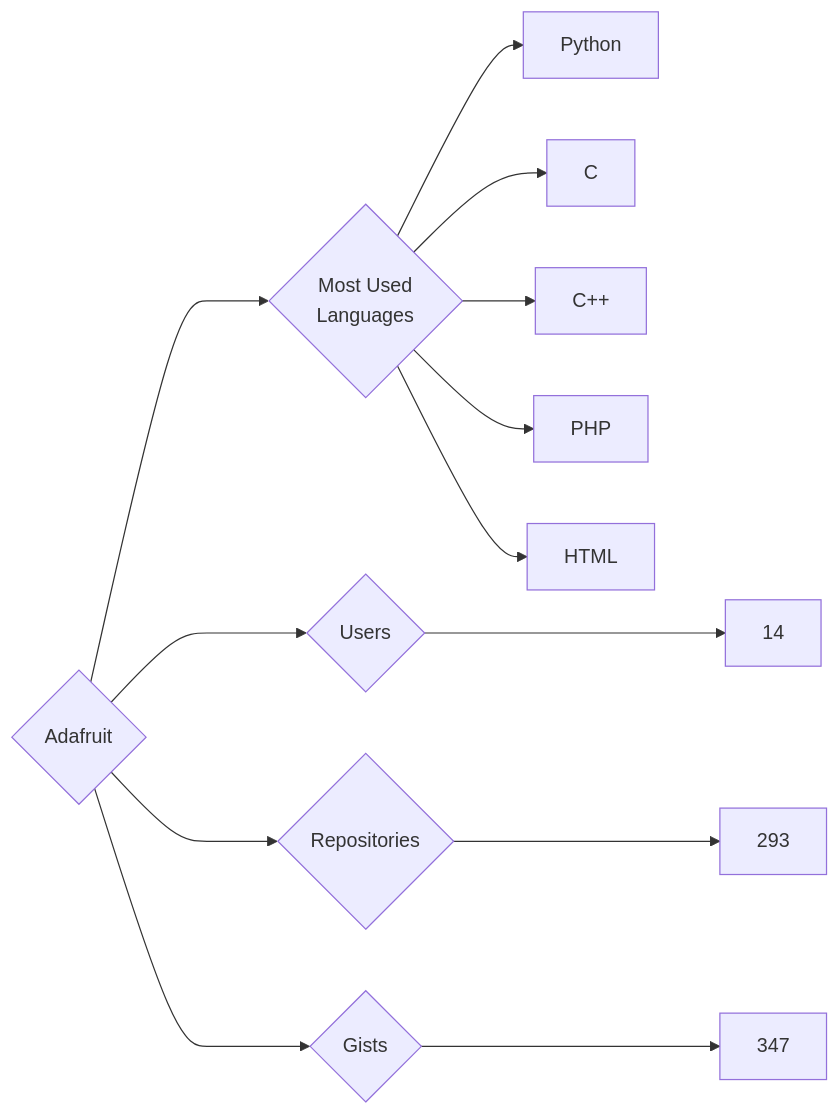
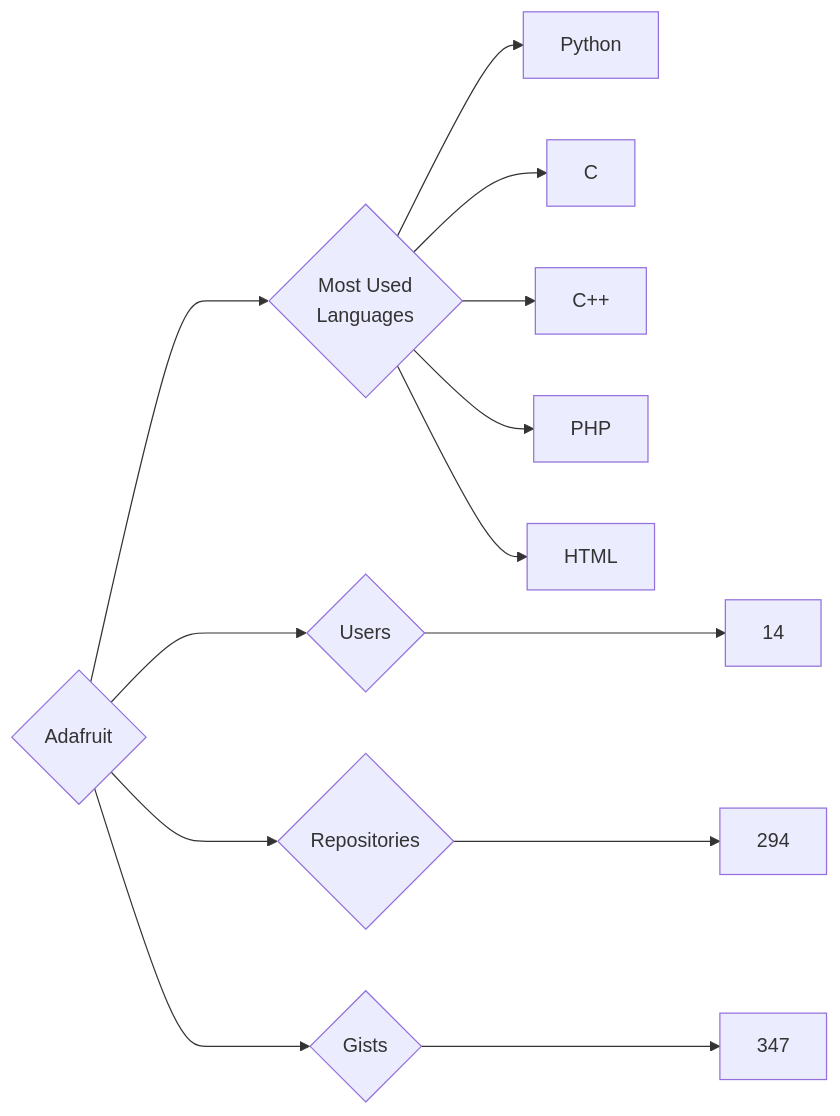
The diagram in targets/Adafruit/README.md (trickest/insiders), drawn with Mermaid before and after one commit. The commit also changed 752 other files, not shown here.

````diff
--- a/targets/Adafruit/README.md
+++ b/targets/Adafruit/README.md
@@ -3,13 +3,13 @@
 ```mermaid
 graph LR
 COMPANY_NAME{Adafruit}
 COMPANY_NAME ---> U{Users} ---> UN[14]
-COMPANY_NAME ---> R{Repositories} ---> RN[293]
+COMPANY_NAME ---> R{Repositories} ---> RN[294]
 COMPANY_NAME ---> G{Gists} ---> GN[347]
 COMPANY_NAME ---> ML{Most Used<br>Languages}
 ML --> Python[Python]
 ML --> C[C]
 ML --> C++[C++]
 ML --> PHP[PHP]
 ML --> HTML[HTML]
 ```
````
